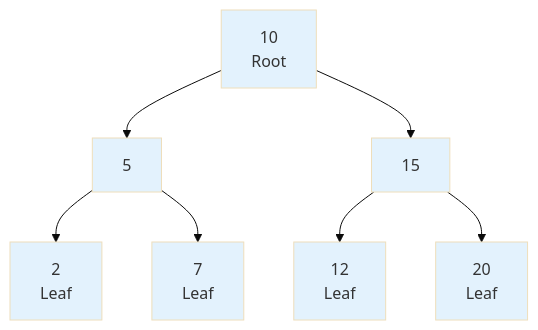
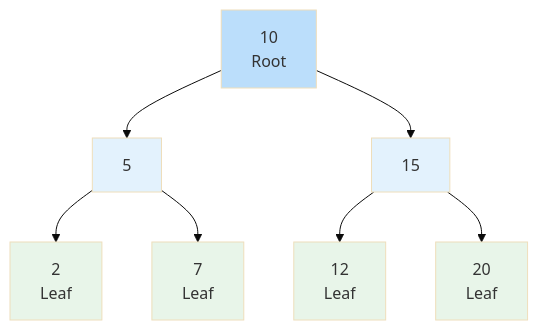
Before and after one commit to su-ntu-sctp/ai-3.5-data-structures-and-algorithms-p2: the third of 7 diagrams in lesson.md, drawn with Mermaid (base theme). The commit also changed other lines of this file and 1 other file, not shown here.

````diff
--- a/lesson.md
+++ b/lesson.md
@@ -189,25 +197,25 @@
 ```mermaid
 graph TD
     N10[10<br/>Root]
     N5[5]
     N15[15]
     N2[2<br/>Leaf]
     N7[7<br/>Leaf]
     N12[12<br/>Leaf]
     N20[20<br/>Leaf]
 
     N10 --> N5
     N10 --> N15
     N5 --> N2
     N5 --> N7
     N15 --> N12
     N15 --> N20
 
-    style N10 fill:#e3f2fd
+    style N10 fill:#bbdefb
     style N5 fill:#e3f2fd
     style N15 fill:#e3f2fd
-    style N2 fill:#e3f2fd
-    style N7 fill:#e3f2fd
-    style N12 fill:#e3f2fd
-    style N20 fill:#e3f2fd
+    style N2 fill:#e8f5e9
+    style N7 fill:#e8f5e9
+    style N12 fill:#e8f5e9
+    style N20 fill:#e8f5e9
 ```
````
